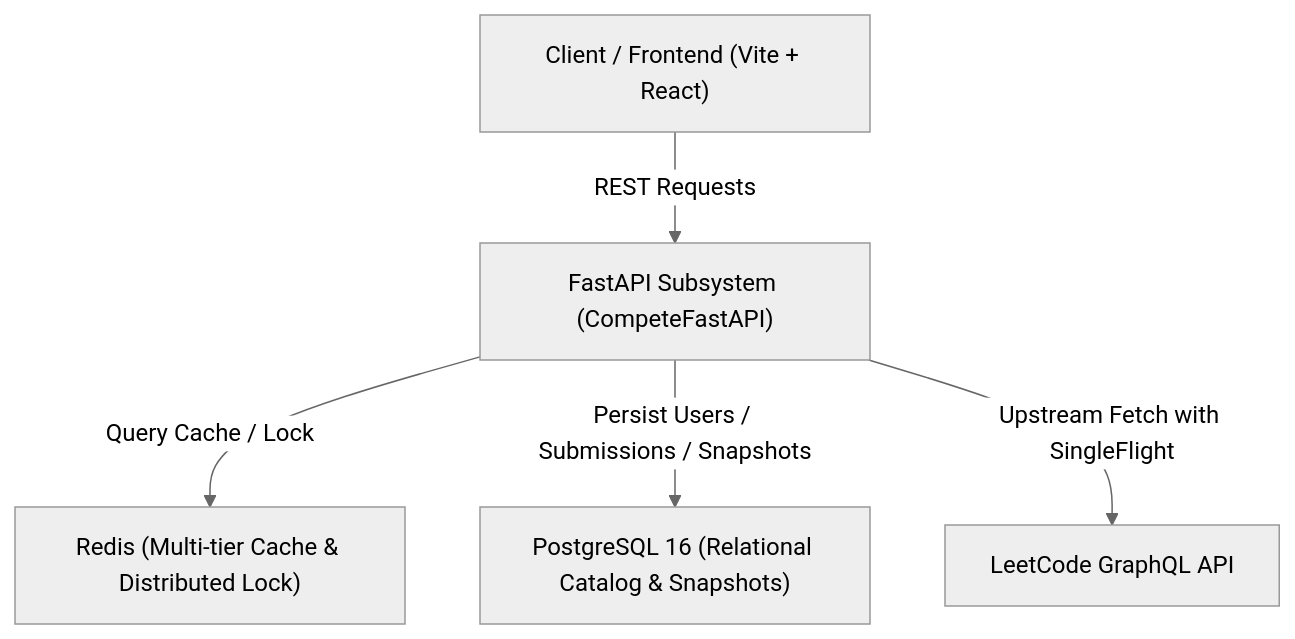
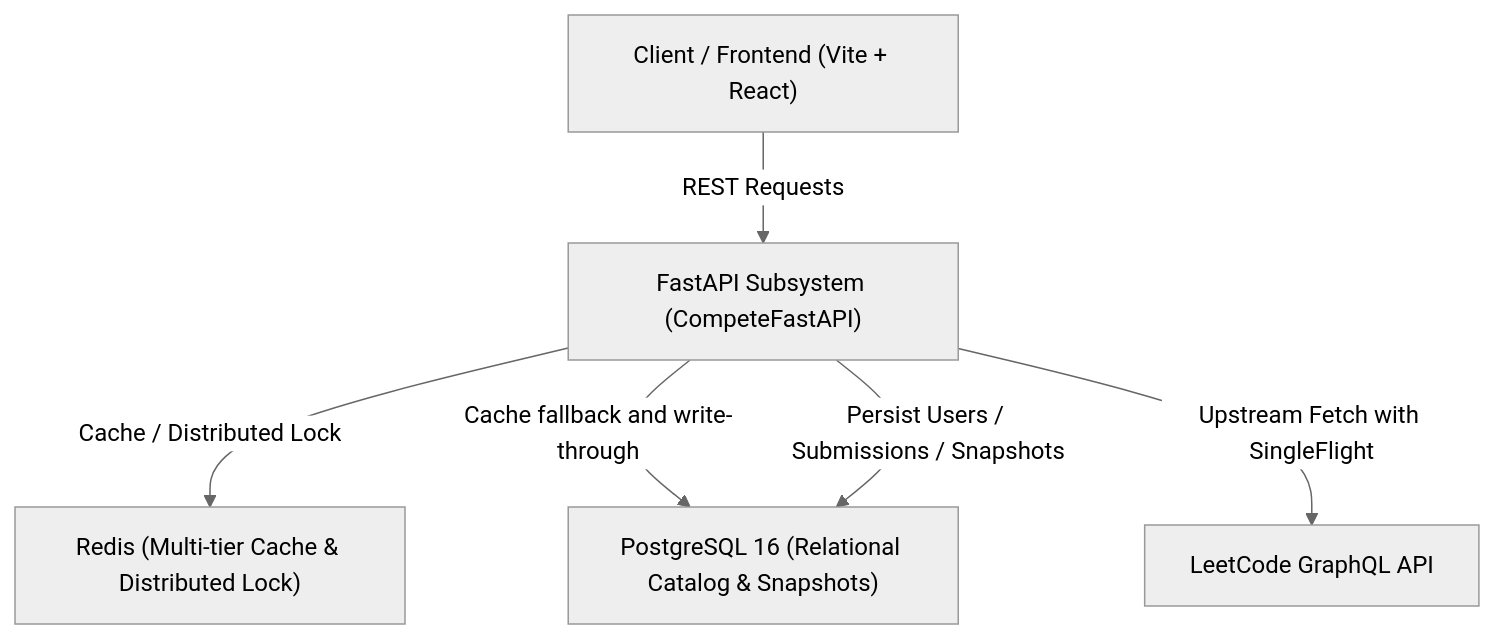
One commit to Unknown-Entity226/compete changed the diagram in README.md. Above: the diagram before and after it, drawn with Mermaid (neutral theme). The commit also changed other lines of this file and 17 other files, not shown here.

````diff
--- a/README.md
+++ b/README.md
@@ -9,13 +9,14 @@
 ```mermaid
 flowchart TD
     Client["Client / Frontend (Vite + React)"]
     FastAPI["FastAPI Subsystem (CompeteFastAPI)"]
     Redis["Redis (Multi-tier Cache & Distributed Lock)"]
     PostgreSQL["PostgreSQL 16 (Relational Catalog & Snapshots)"]
     LeetCode["LeetCode GraphQL API"]
 
     Client -->|REST Requests| FastAPI
-    FastAPI -->|Query Cache / Lock| Redis
+    FastAPI -->|Cache / Distributed Lock| Redis
+    FastAPI -->|Cache fallback and write-through| PostgreSQL
     FastAPI -->|Persist Users / Submissions / Snapshots| PostgreSQL
     FastAPI -->|Upstream Fetch with SingleFlight| LeetCode
 ```
````
